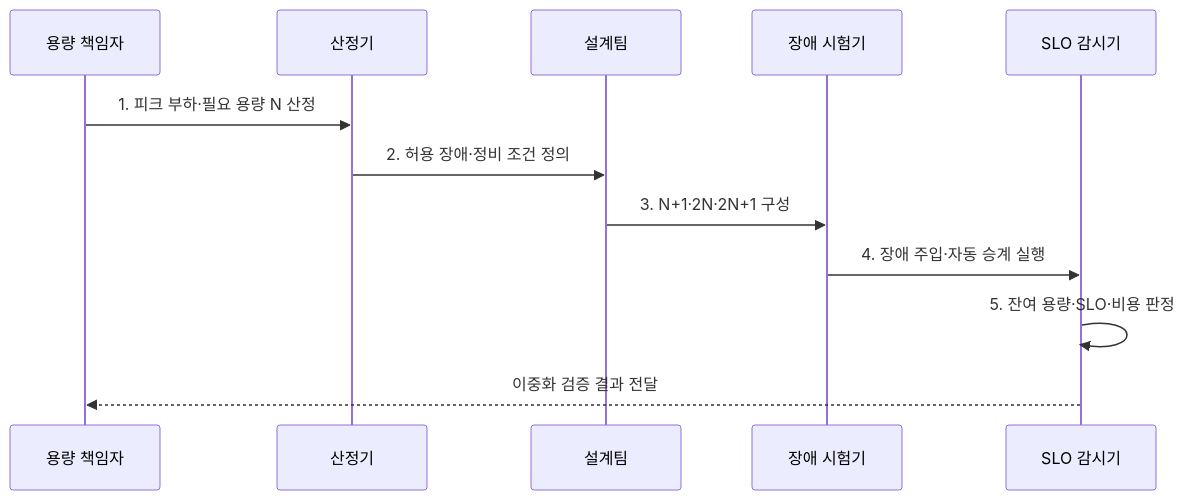
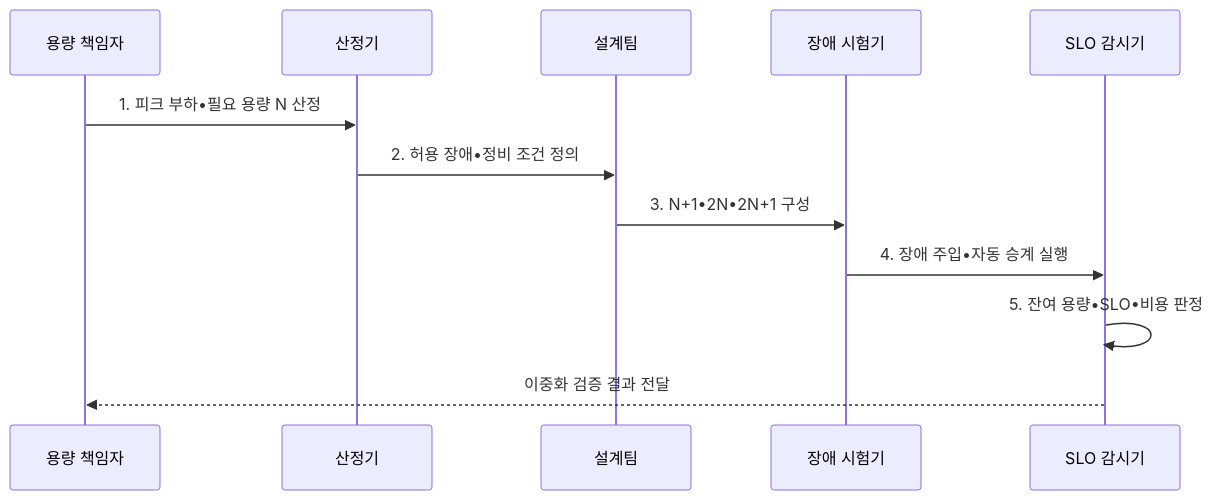
The second of 2 diagrams in src/content/docs/notes/06-evaluation/024_redundancy_configuration.md (agnusdei1207/knowledge-base), drawn with Mermaid before and after one commit. The commit also changed other lines of this file and 953 other files, not shown here.

````diff
--- a/src/content/docs/notes/06-evaluation/024_redundancy_configuration.md
+++ b/src/content/docs/notes/06-evaluation/024_redundancy_configuration.md
@@ -105,14 +105,14 @@
 ```mermaid
 sequenceDiagram
   participant O as 용량 책임자
   participant C as 산정기
   participant D as 설계팀
   participant T as 장애 시험기
   participant M as SLO 감시기
-  O->>C: 1. 피크 부하·필요 용량 N 산정
-  C->>D: 2. 허용 장애·정비 조건 정의
-  D->>T: 3. N+1·2N·2N+1 구성
-  T->>M: 4. 장애 주입·자동 승계 실행
-  M->>M: 5. 잔여 용량·SLO·비용 판정
+  O->>C: 1. 피크 부하•필요 용량 N 산정
+  C->>D: 2. 허용 장애•정비 조건 정의
+  D->>T: 3. N+1•2N•2N+1 구성
+  T->>M: 4. 장애 주입•자동 승계 실행
+  M->>M: 5. 잔여 용량•SLO•비용 판정
   M-->>O: 이중화 검증 결과 전달
 ```
````
